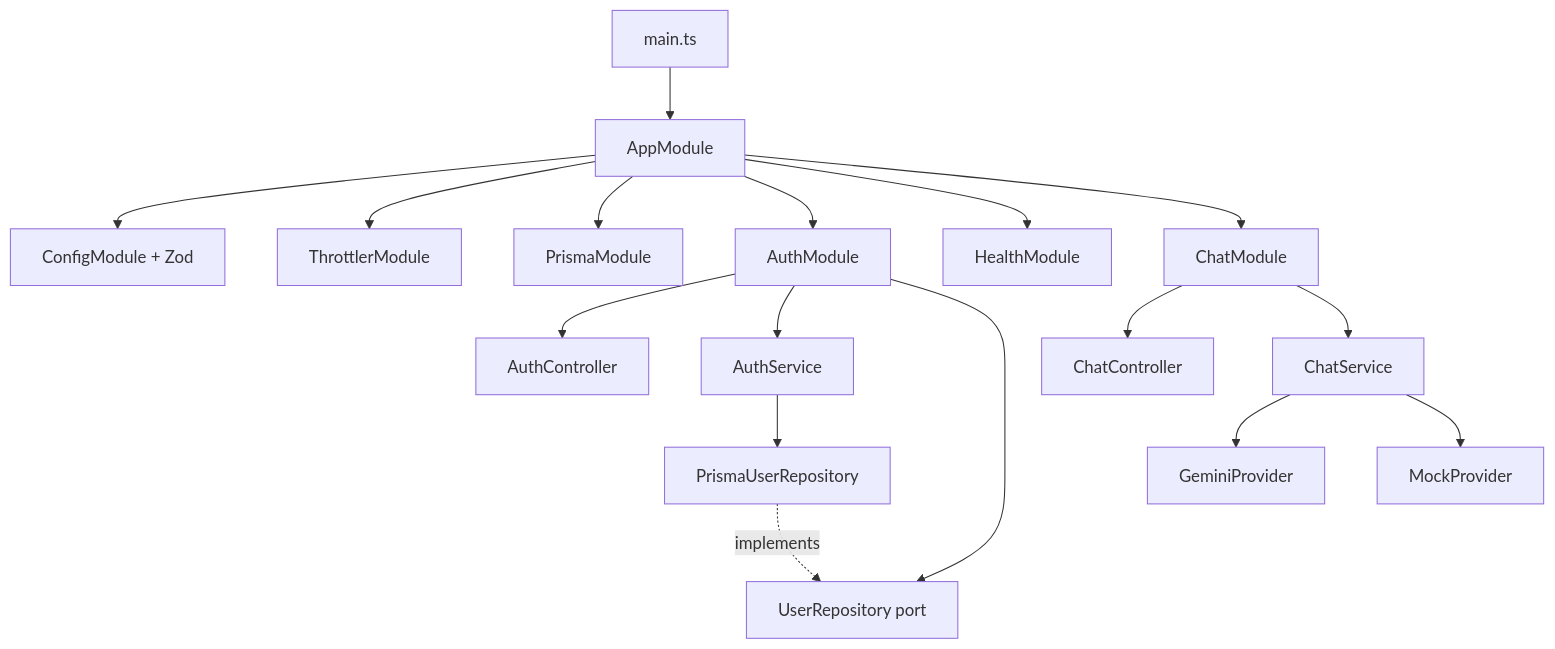
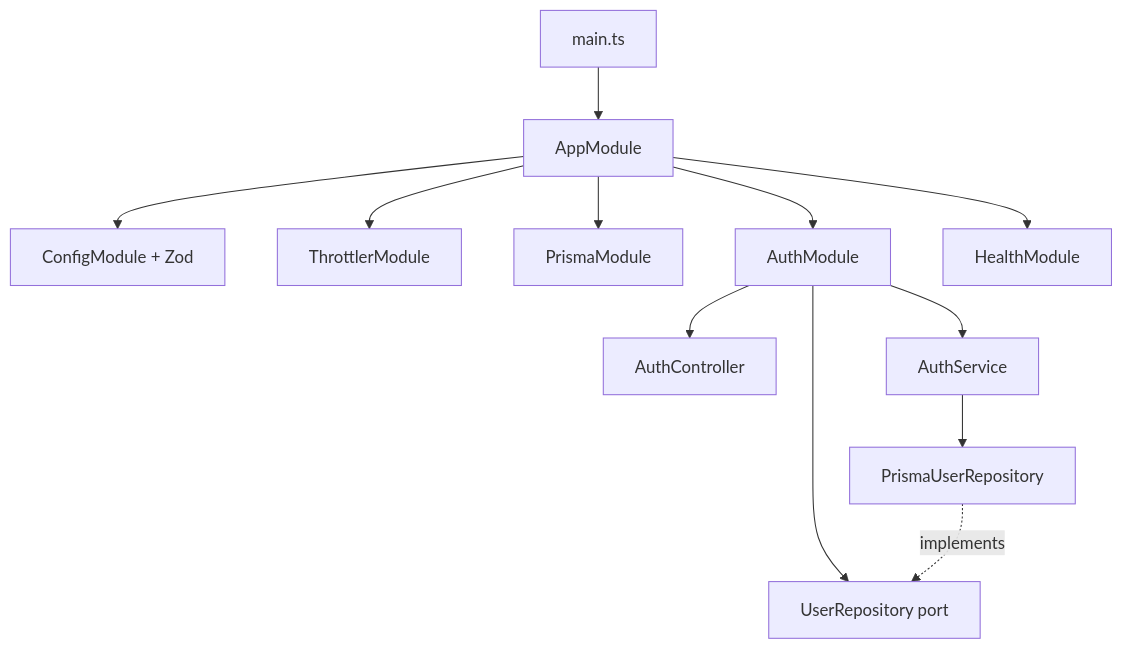
The second of 4 diagrams in docs/architecture.md (Raullize/Hackathon2026), drawn with Mermaid before and after one commit. The commit also changed other lines of this file and 42 other files, not shown here.

````diff
--- a/docs/architecture.md
+++ b/docs/architecture.md
@@ -27,21 +27,15 @@
 ```mermaid
 flowchart TB
   Main[main.ts] --> App[AppModule]
   App --> Config[ConfigModule + Zod]
   App --> Throttler[ThrottlerModule]
   App --> Prisma[PrismaModule]
   App --> Auth[AuthModule]
   App --> Health[HealthModule]
-  App --> Chat[ChatModule]
 
   Auth --> AuthController
   Auth --> AuthService
   Auth --> UserRepository[UserRepository port]
   UserRepoAdapter[PrismaUserRepository] -.implements.-> UserRepository
   AuthService --> UserRepoAdapter
-
-  Chat --> ChatController
-  Chat --> ChatService
-  ChatService --> GeminiProvider
-  ChatService --> MockProvider
 ```
````
